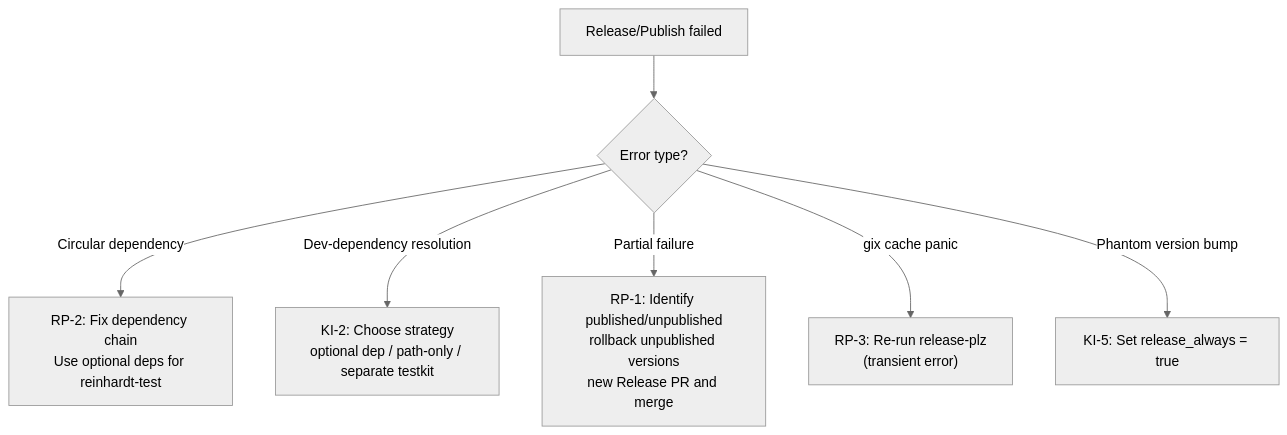
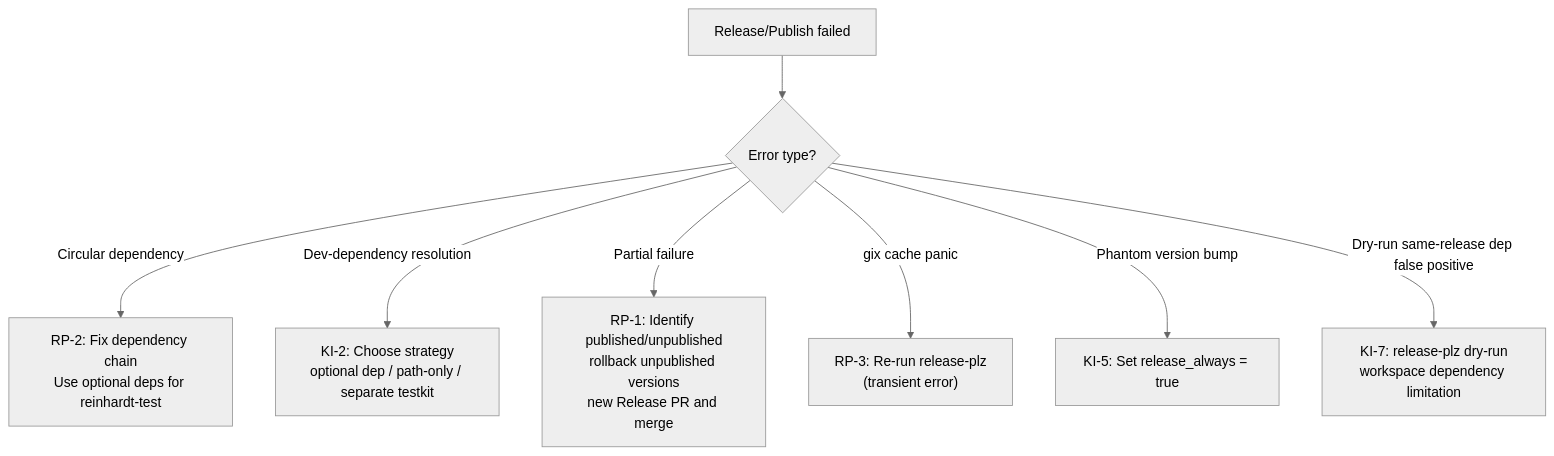
The third of 3 diagrams in instructions/RELEASE_PROCESS.md (kent8192/reinhardt-web), drawn with Mermaid (neutral theme) before and after one commit. The commit also changed other lines of this file and 1 other file, not shown here.

First line of the commit message:
fix(ci): generalize release dry-run false positive handling

````diff
--- a/instructions/RELEASE_PROCESS.md
+++ b/instructions/RELEASE_PROCESS.md
@@ -426,9 +426,10 @@
 ```mermaid
 flowchart TD
     A[Release/Publish failed] --> B{Error type?}
     B -->|Circular dependency| C["RP-2: Fix dependency chain<br/>Use optional deps for reinhardt-test"]
     B -->|Dev-dependency resolution| D["KI-2: Choose strategy<br/>optional dep / path-only / separate testkit"]
     B -->|Partial failure| E["RP-1: Identify published/unpublished<br/>rollback unpublished versions<br/>new Release PR and merge"]
     B -->|gix cache panic| F["RP-3: Re-run release-plz<br/>(transient error)"]
     B -->|Phantom version bump| G["KI-5: Set release_always = true"]
+    B -->|Dry-run same-release dep false positive| H["KI-7: release-plz dry-run<br/>workspace dependency limitation"]
 ```
````
